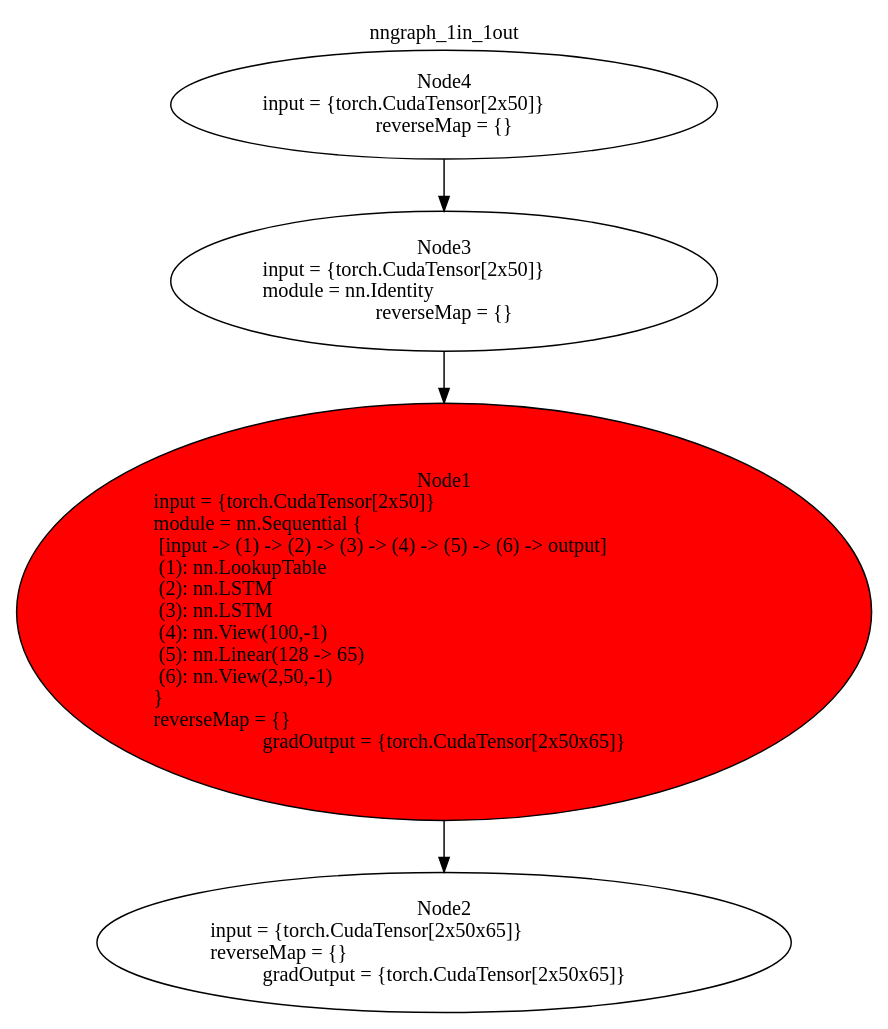
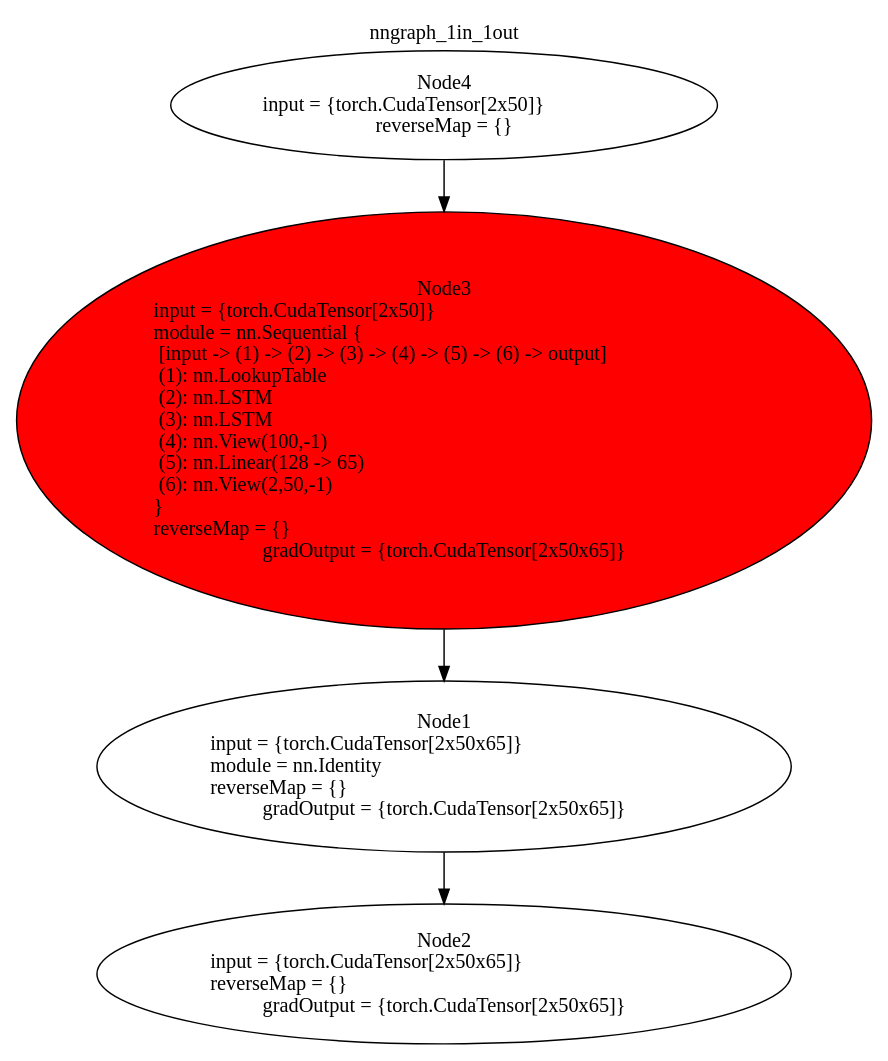
The diagram in nngraph_1in_1out.dot (DylanAuty/torch-rnn-constrained), drawn with Graphviz before and after one commit. The commit also changed 2 other files, not shown here.

Commit message:
Changing where the nn.Linear goes

```diff
--- a/nngraph_1in_1out.dot
+++ b/nngraph_1in_1out.dot
@@ -1,13 +1,13 @@
 digraph G {
 labelloc="t";
 label="nngraph_1in_1out";
 node [shape = oval]; 
-n1[label="Node1\ninput = {torch.CudaTensor[2x50]}\lmodule = nn.Sequential {\l  [input -> (1) -> (2) -> (3) -> (4) -> (5) -> (6) -> output]\l  (1): nn.LookupTable\l  (2): nn.LSTM\l  (3): nn.LSTM\l  (4): nn.View(100,-1)\l  (5): nn.Linear(128 -> 65)\l  (6): nn.View(2,50,-1)\l}\lreverseMap = {}\lgradOutput = {torch.CudaTensor[2x50x65]}" tooltip="[./LanguageModel.lua]:87_"];
+n1[label="Node1\ninput = {torch.CudaTensor[2x50x65]}\lmodule = nn.Identity\lreverseMap = {}\lgradOutput = {torch.CudaTensor[2x50x65]}" tooltip="[./LanguageModel.lua]:88_"];
 n2[label="Node2\ninput = {torch.CudaTensor[2x50x65]}\lreverseMap = {}\lgradOutput = {torch.CudaTensor[2x50x65]}" tooltip="[[C]]:-1_"];
-n3[label="Node3\ninput = {torch.CudaTensor[2x50]}\lmodule = nn.Identity\lreverseMap = {}" tooltip="[./LanguageModel.lua]:86_"];
+n3[label="Node3\ninput = {torch.CudaTensor[2x50]}\lmodule = nn.Sequential {\l  [input -> (1) -> (2) -> (3) -> (4) -> (5) -> (6) -> output]\l  (1): nn.LookupTable\l  (2): nn.LSTM\l  (3): nn.LSTM\l  (4): nn.View(100,-1)\l  (5): nn.Linear(128 -> 65)\l  (6): nn.View(2,50,-1)\l}\lreverseMap = {}\lgradOutput = {torch.CudaTensor[2x50x65]}" tooltip="[./LanguageModel.lua]:86_"];
 n4[label="Node4\ninput = {torch.CudaTensor[2x50]}\lreverseMap = {}" tooltip="[[C]]:-1_"];
 n1 -> n2;
 n3 -> n1;
 n4 -> n3;
-n1[style=filled, fillcolor=red];
+n3[style=filled, fillcolor=red];
 }
```
